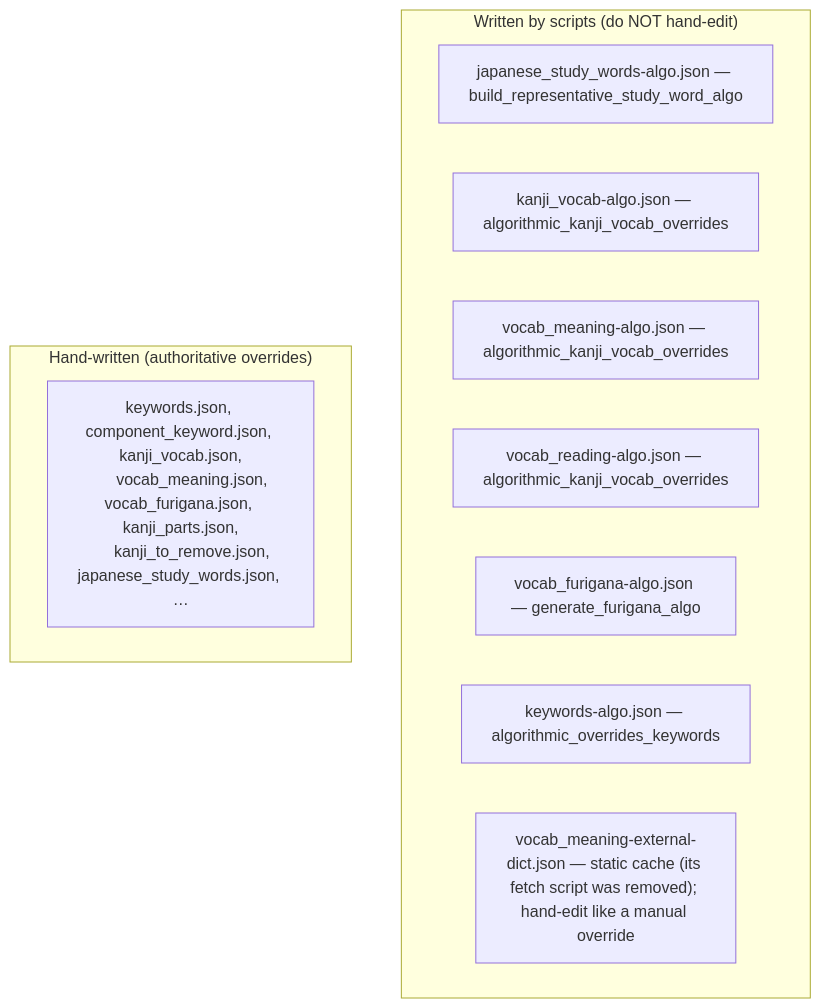
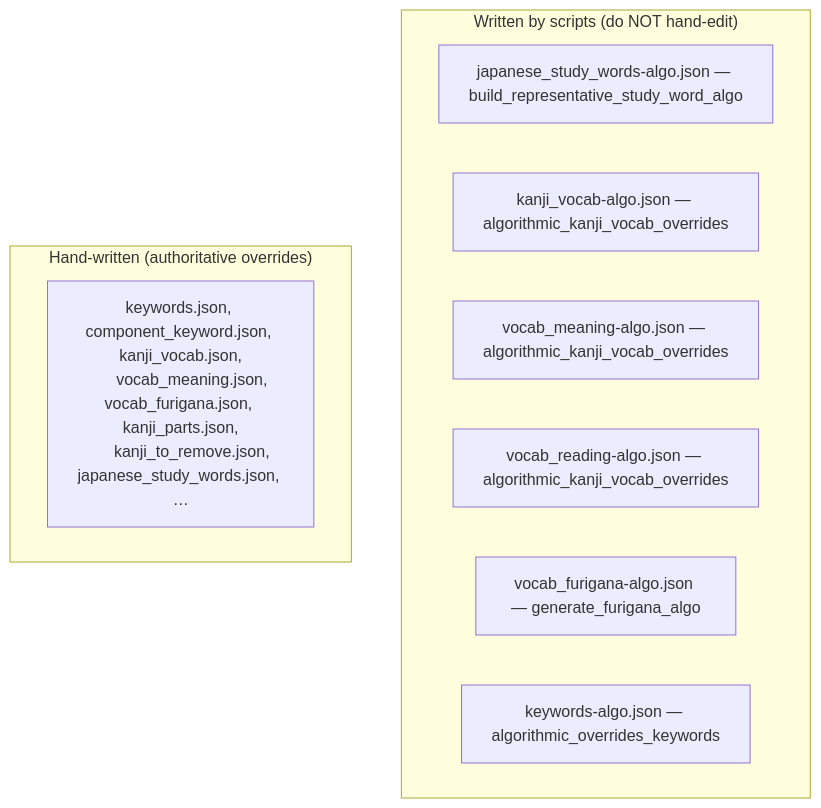
Before and after one commit to PikaPikaGems/kanji-heatmap-data: the third of 7 diagrams in notes/flowchart.md, drawn with Mermaid. The commit also changed other lines of this file and 5 other files, not shown here.

First line of the commit message:
Remove the external-dict meaning cache; JMdict + manual overrides cover it

````diff
--- a/notes/flowchart.md
+++ b/notes/flowchart.md
@@ -160,17 +157,16 @@
 ```mermaid
 flowchart TB
     subgraph ALGO["Written by scripts (do NOT hand-edit)"]
       a1["japanese_study_words-algo.json — build_representative_study_word_algo"]
       a2["kanji_vocab-algo.json — algorithmic_kanji_vocab_overrides"]
       a3["vocab_meaning-algo.json — algorithmic_kanji_vocab_overrides"]
       a4["vocab_reading-algo.json — algorithmic_kanji_vocab_overrides"]
       a5["vocab_furigana-algo.json — generate_furigana_algo"]
       a6["keywords-algo.json — algorithmic_overrides_keywords"]
-      a7["vocab_meaning-external-dict.json — static cache (its fetch script was removed); hand-edit like a manual override"]
     end
     subgraph MANUAL["Hand-written (authoritative overrides)"]
       m1["keywords.json, component_keyword.json, kanji_vocab.json,
       vocab_meaning.json, vocab_furigana.json, kanji_parts.json,
       kanji_to_remove.json, japanese_study_words.json, …"]
     end
 ```
````
